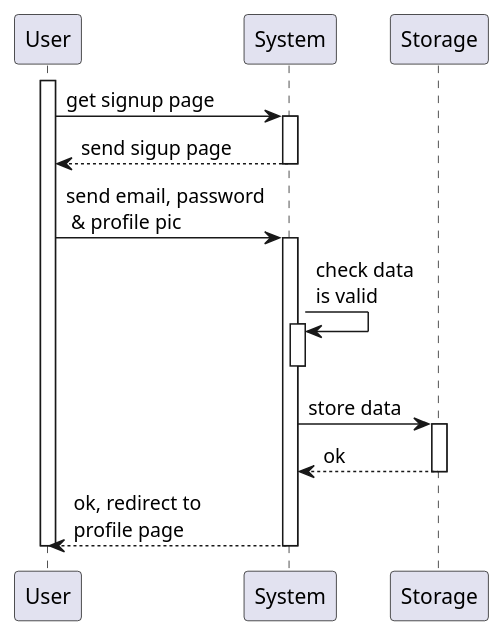
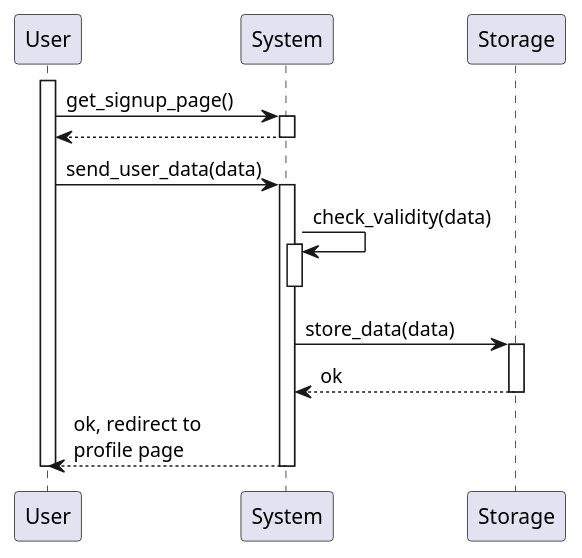
The first of 3 diagrams in RASD/materials/uml/useCases/signUp&login.wsd (GiorgioUghini/SafeStreets), drawn with PlantUML before and after one commit. The commit also changed other lines of this file and 4 other files, not shown here.

```diff
--- a/RASD/materials/uml/useCases/signUp&login.wsd
+++ b/RASD/materials/uml/useCases/signUp&login.wsd
@@ -1,18 +1,18 @@
 @startuml sign_up
     autoactivate on
 
     participant User as U
     participant System as S
     participant Storage as ST
 
     activate U
-    U -> S: get signup page
-    return send sigup page
-    U -> S: send email, password\n & profile pic
-    S -> S: check data\nis valid
+    U -> S: get_signup_page()
+    return
+    U -> S: send_user_data(data)
+    S -> S: check_validity(data)
     deactivate S
-    S -> ST: store data
+    S -> ST: store_data(data)
     return ok
     return ok, redirect to\nprofile page
     deactivate U
 @enduml
```
